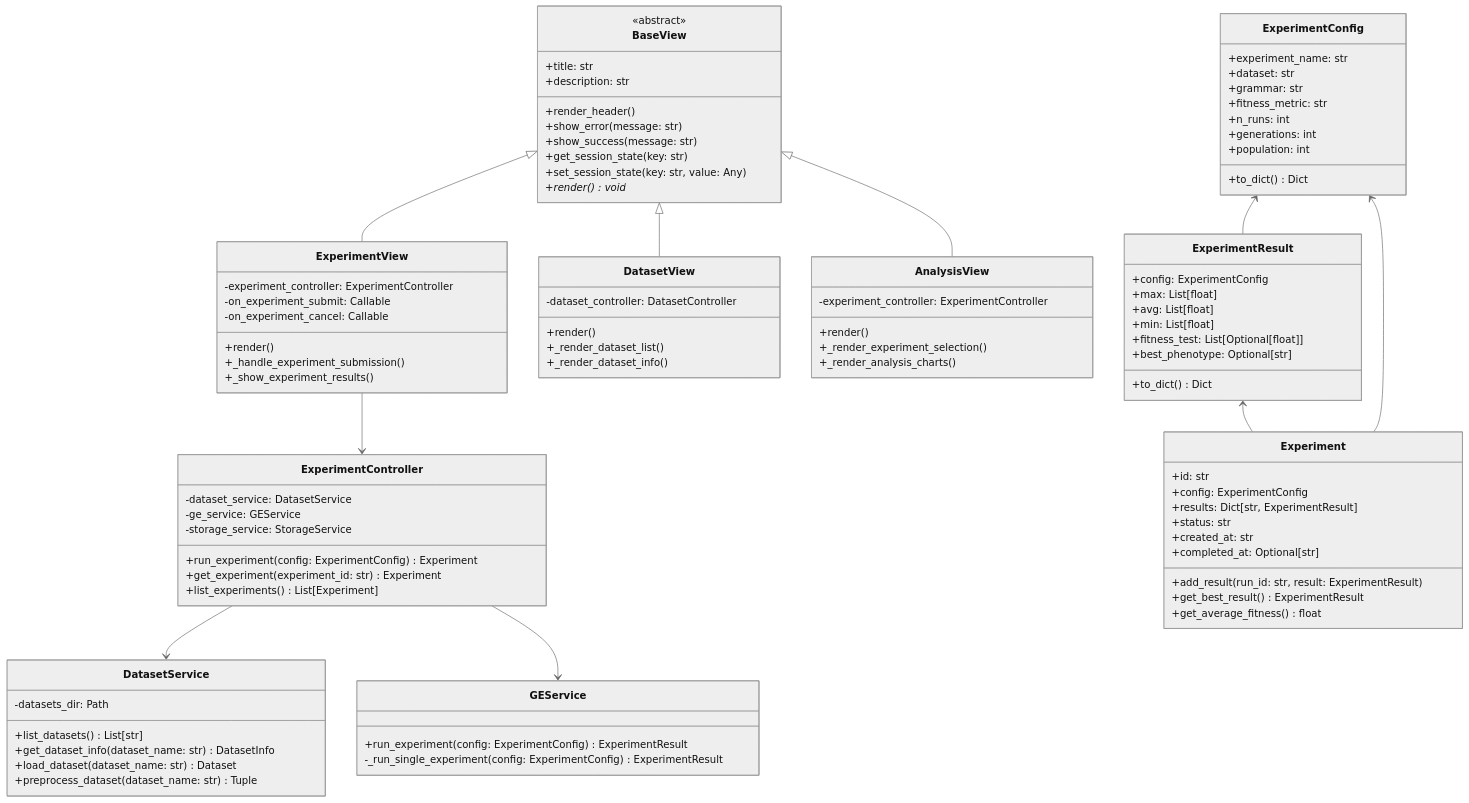
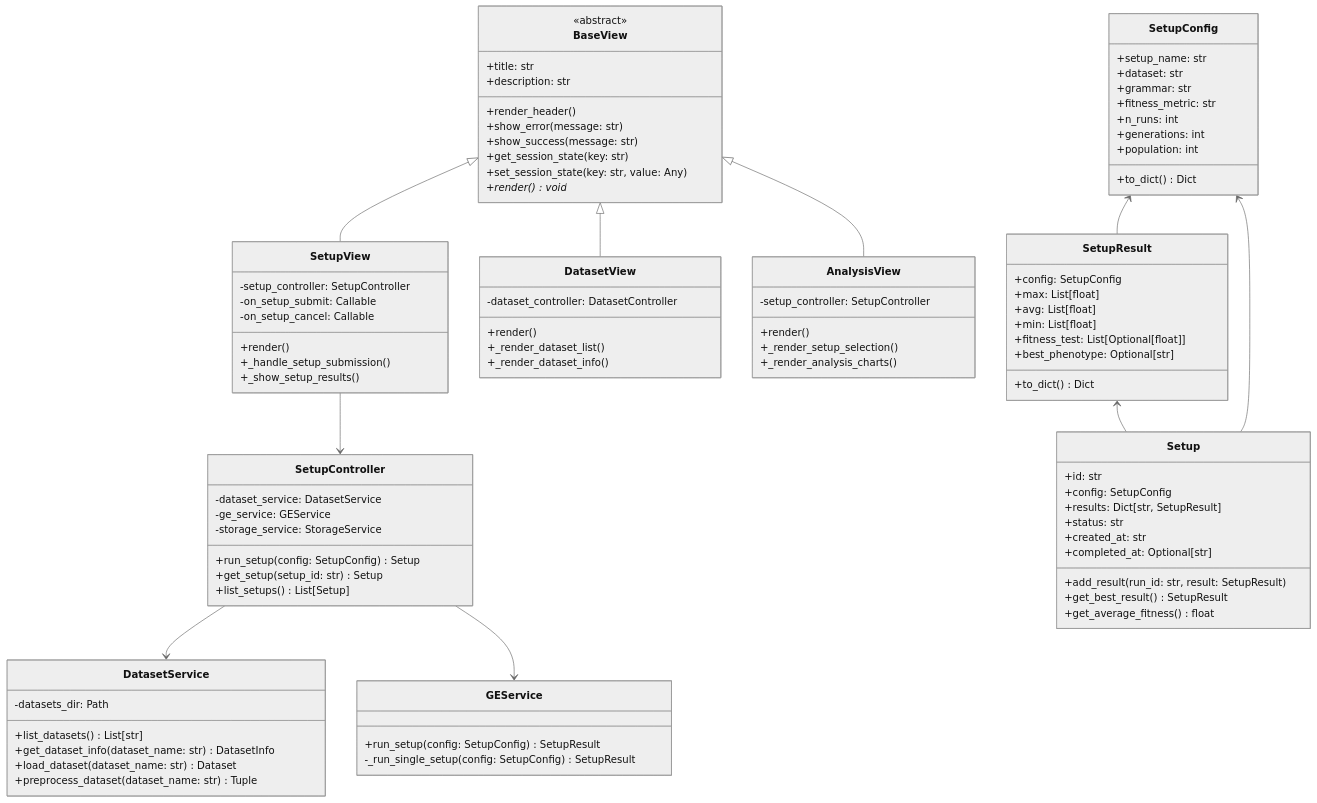
Before and after one commit to aghilhooshmand/UGE: the second of 4 diagrams in ARCHITECTURE.md, drawn with Mermaid (neutral theme). The commit also changed other lines of this file and 24 other files, not shown here.

````diff
--- a/ARCHITECTURE.md
+++ b/ARCHITECTURE.md
@@ -370,13 +370,13 @@
         +render()* void
     }
     
-    class ExperimentView {
-        -experiment_controller: ExperimentController
-        -on_experiment_submit: Callable
-        -on_experiment_cancel: Callable
+    class SetupView {
+        -setup_controller: SetupController
+        -on_setup_submit: Callable
+        -on_setup_cancel: Callable
         +render()
-        +_handle_experiment_submission()
-        +_show_experiment_results()
+        +_handle_setup_submission()
+        +_show_setup_results()
     }
     
     class DatasetView {
@@ -387,23 +387,23 @@
     }
     
     class AnalysisView {
-        -experiment_controller: ExperimentController
+        -setup_controller: SetupController
         +render()
-        +_render_experiment_selection()
+        +_render_setup_selection()
         +_render_analysis_charts()
     }
     
-    BaseView <|-- ExperimentView
+    BaseView <|-- SetupView
     BaseView <|-- DatasetView
     BaseView <|-- AnalysisView
     
-    class ExperimentController {
+    class SetupController {
         -dataset_service: DatasetService
         -ge_service: GEService
         -storage_service: StorageService
-        +run_experiment(config: ExperimentConfig) Experiment
-        +get_experiment(experiment_id: str) Experiment
-        +list_experiments() List[Experiment]
+        +run_setup(config: SetupConfig) Setup
+        +get_setup(setup_id: str) Setup
+        +list_setups() List[Setup]
     }
     
     class DatasetService {
@@ -415,16 +415,16 @@
     }
     
     class GEService {
-        +run_experiment(config: ExperimentConfig) ExperimentResult
-        -_run_single_experiment(config: ExperimentConfig) ExperimentResult
+        +run_setup(config: SetupConfig) SetupResult
+        -_run_single_setup(config: SetupConfig) SetupResult
     }
     
-    ExperimentView --> ExperimentController
-    ExperimentController --> DatasetService
-    ExperimentController --> GEService
+    SetupView --> SetupController
+    SetupController --> DatasetService
+    SetupController --> GEService
     
-    class ExperimentConfig {
-        +experiment_name: str
+    class SetupConfig {
+        +setup_name: str
         +dataset: str
         +grammar: str
         +fitness_metric: str
@@ -434,8 +434,8 @@
         +to_dict() Dict
     }
     
-    class ExperimentResult {
-        +config: ExperimentConfig
+    class SetupResult {
+        +config: SetupConfig
         +max: List[float]
         +avg: List[float]
         +min: List[float]
@@ -444,19 +444,19 @@
         +to_dict() Dict
     }
     
-    class Experiment {
+    class Setup {
         +id: str
-        +config: ExperimentConfig
-        +results: Dict[str, ExperimentResult]
+        +config: SetupConfig
+        +results: Dict[str, SetupResult]
         +status: str
         +created_at: str
         +completed_at: Optional[str]
-        +add_result(run_id: str, result: ExperimentResult)
-        +get_best_result() ExperimentResult
+        +add_result(run_id: str, result: SetupResult)
+        +get_best_result() SetupResult
         +get_average_fitness() float
     }
     
-    ExperimentConfig <-- ExperimentResult
-    ExperimentResult <-- Experiment
-    Experiment --> ExperimentConfig
+    SetupConfig <-- SetupResult
+    SetupResult <-- Setup
+    Setup --> SetupConfig
 ```
````
